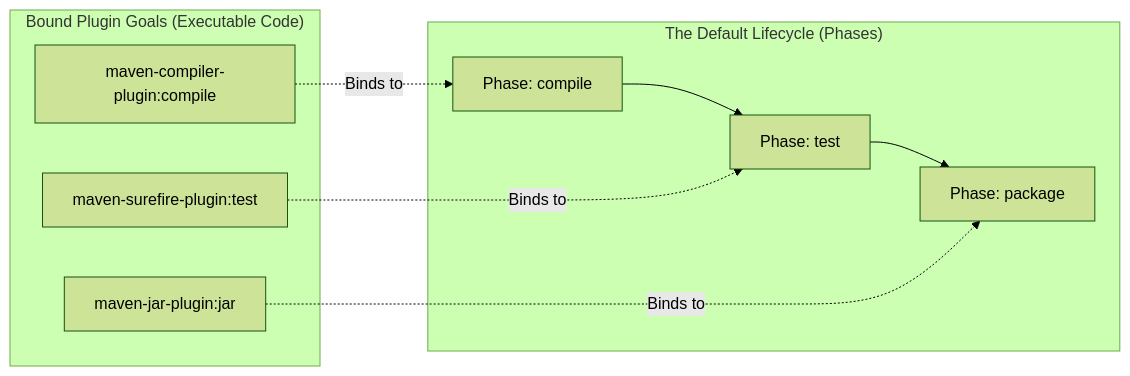
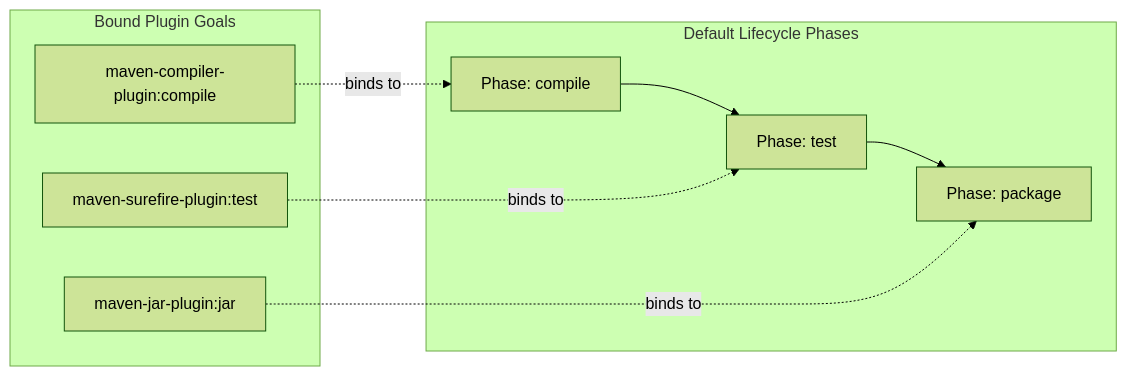
The second of 5 diagrams in content/roadmap/level-8/build-tools.md (ravishankar2463/java_hub), drawn with Mermaid (forest theme) before and after one commit. The commit also changed other lines of this file and 119 other files, not shown here.

Commit message:
feat: add comprehensive java learning roadmap content across multiple levels

````diff
--- a/content/roadmap/level-8/build-tools.md
+++ b/content/roadmap/level-8/build-tools.md
@@ -59,12 +63,12 @@
 ```mermaid
 flowchart LR
-    subgraph "The Default Lifecycle (Phases)"
+    subgraph DefaultLifecycle["Default Lifecycle Phases"]
         P1["Phase: compile"] --> P2["Phase: test"] --> P3["Phase: package"]
     end
 
-    subgraph "Bound Plugin Goals (Executable Code)"
-        G1["maven-compiler-plugin:compile"] -.->|Binds to| P1
-        G2["maven-surefire-plugin:test"] -.->|Binds to| P2
-        G3["maven-jar-plugin:jar"] -.->|Binds to| P3
+    subgraph PluginGoals["Bound Plugin Goals"]
+        G1["maven-compiler-plugin:compile"] -.->|"binds to"| P1
+        G2["maven-surefire-plugin:test"] -.->|"binds to"| P2
+        G3["maven-jar-plugin:jar"] -.->|"binds to"| P3
     end
 ```
````
